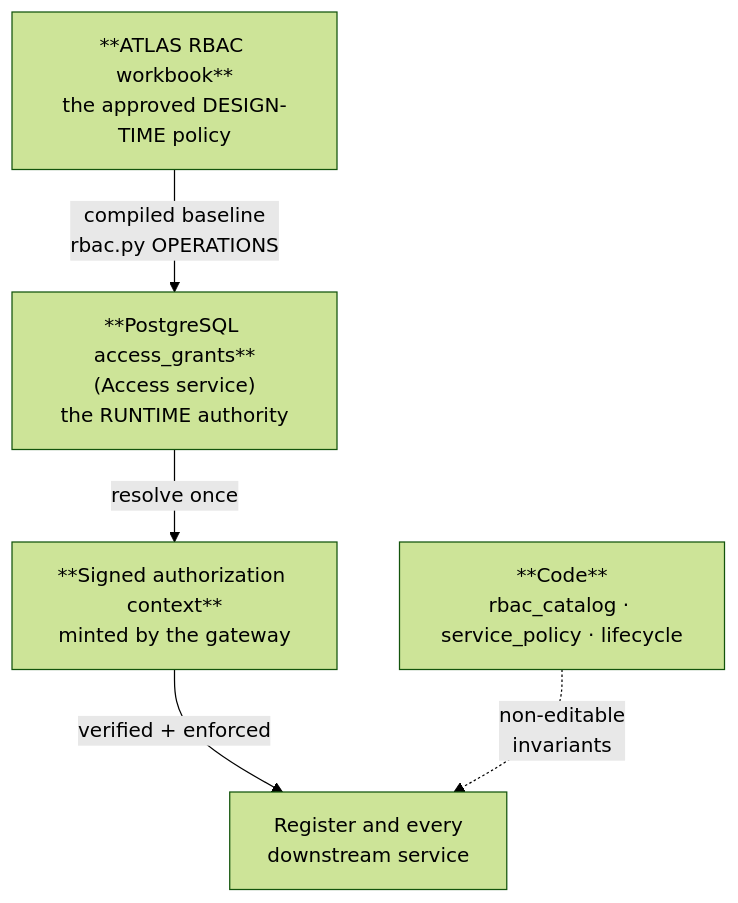
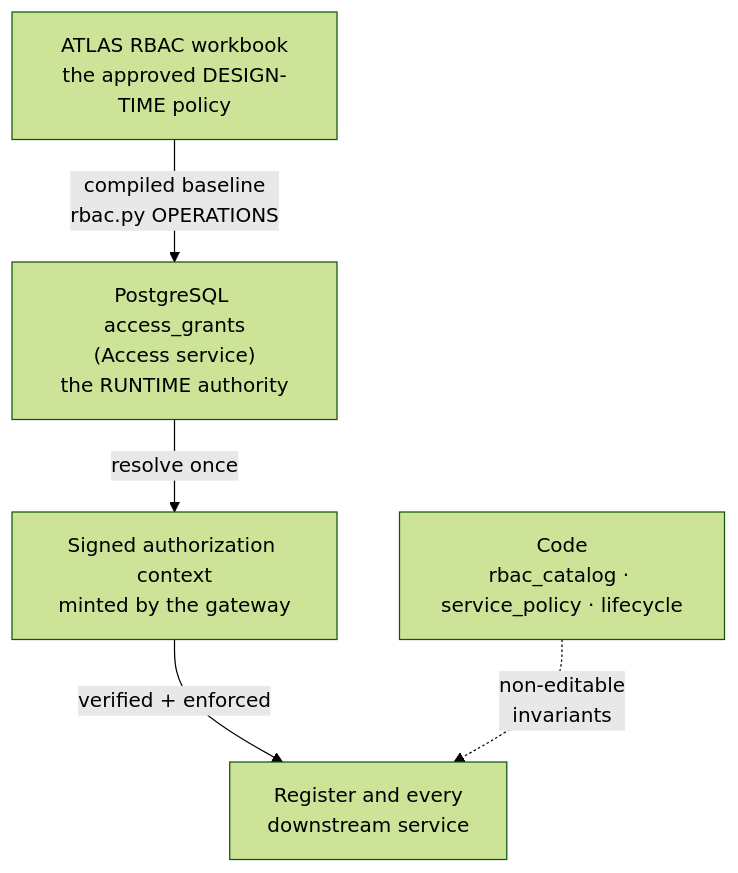
The first of 3 diagrams in docs/handbook/07-USER-MANAGEMENT-RBAC.md (shashikanth-vh/vox), drawn with Mermaid (forest theme) before and after one commit. The commit also changed 11 other files, not shown here.

````diff
--- a/docs/handbook/07-USER-MANAGEMENT-RBAC.md
+++ b/docs/handbook/07-USER-MANAGEMENT-RBAC.md
@@ -13,7 +13,7 @@
 ```mermaid
 flowchart TB
-    A["**ATLAS RBAC workbook**<br/>the approved DESIGN-TIME policy"] -->|"compiled baseline<br/>rbac.py OPERATIONS"| B
-    B["**PostgreSQL access_grants**<br/>(Access service)<br/>the RUNTIME authority"] -->|"resolve once"| C
-    C["**Signed authorization context**<br/>minted by the gateway"] -->|"verified + enforced"| D["Register and every<br/>downstream service"]
-    E["**Code**<br/>rbac_catalog · service_policy · lifecycle"] -.->|"non-editable<br/>invariants"| D
+    A["ATLAS RBAC workbook<br/>the approved DESIGN-TIME policy"] -->|"compiled baseline<br/>rbac.py OPERATIONS"| B
+    B["PostgreSQL access_grants<br/>(Access service)<br/>the RUNTIME authority"] -->|"resolve once"| C
+    C["Signed authorization context<br/>minted by the gateway"] -->|"verified + enforced"| D["Register and every<br/>downstream service"]
+    E["Code<br/>rbac_catalog · service_policy · lifecycle"] -.->|"non-editable<br/>invariants"| D
 ```
````
